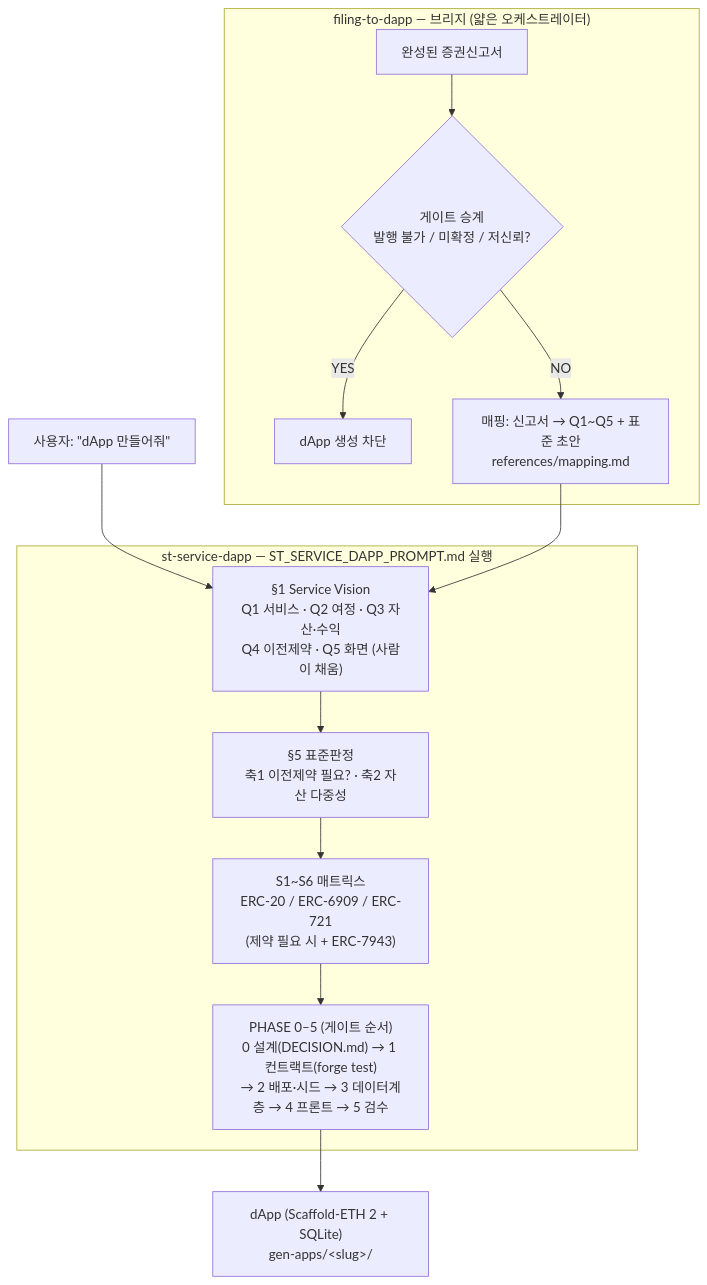
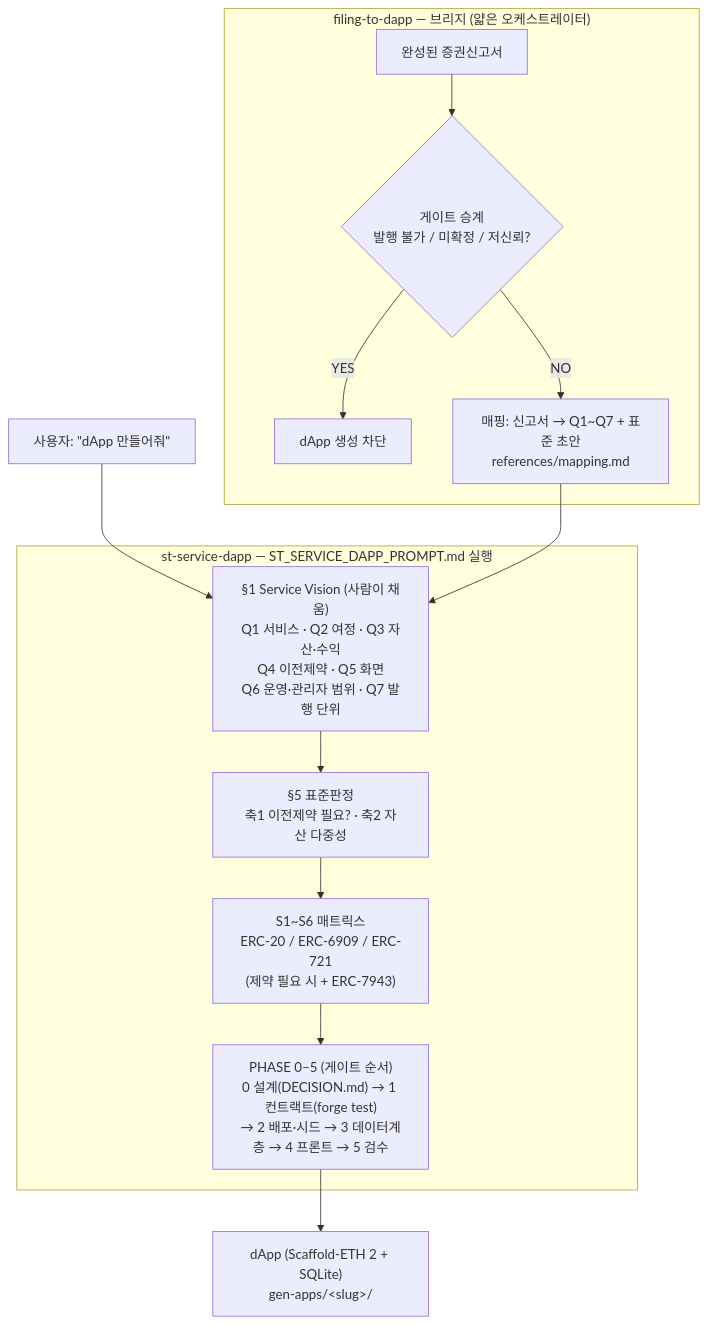
The third of 5 diagrams in ARCHITECTURE.md (fistline/2026BCMD), drawn with Mermaid before and after one commit. The commit also changed other lines of this file and 1 other file, not shown here.

First paragraph of the commit message:
docs: the quick start opened an agent that had no skills in it
Went through the README claim by claim against the tree. Most held. Five did
not, and one of them broke the very first thing a new user does.

````diff
--- a/ARCHITECTURE.md
+++ b/ARCHITECTURE.md
@@ -64,16 +64,16 @@
 ```mermaid
 flowchart TD
   direct["사용자: &quot;dApp 만들어줘&quot;"] --> ssd
   subgraph BR["filing-to-dapp — 브리지 (얇은 오케스트레이터)"]
     fdoc["완성된 증권신고서"] --> gate{"게이트 승계<br/>발행 불가 / 미확정 / 저신뢰?"}
     gate -->|"YES"| stop["dApp 생성 차단"]
-    gate -->|"NO"| map["매핑: 신고서 → Q1~Q5 + 표준 초안<br/>references/mapping.md"]
+    gate -->|"NO"| map["매핑: 신고서 → Q1~Q7 + 표준 초안<br/>references/mapping.md"]
   end
   map --> ssd
   subgraph SSD["st-service-dapp — ST_SERVICE_DAPP_PROMPT.md 실행"]
-    ssd["§1 Service Vision<br/>Q1 서비스 · Q2 여정 · Q3 자산·수익<br/>Q4 이전제약 · Q5 화면 (사람이 채움)"] --> std["§5 표준판정<br/>축1 이전제약 필요? · 축2 자산 다중성"]
+    ssd["§1 Service Vision (사람이 채움)<br/>Q1 서비스 · Q2 여정 · Q3 자산·수익<br/>Q4 이전제약 · Q5 화면<br/>Q6 운영·관리자 범위 · Q7 발행 단위"] --> std["§5 표준판정<br/>축1 이전제약 필요? · 축2 자산 다중성"]
     std --> mtx["S1~S6 매트릭스<br/>ERC-20 / ERC-6909 / ERC-721<br/>(제약 필요 시 + ERC-7943)"]
     mtx --> ph["PHASE 0–5 (게이트 순서)<br/>0 설계(DECISION.md) → 1 컨트랙트(forge test)<br/>→ 2 배포·시드 → 3 데이터계층 → 4 프론트 → 5 검수"]
   end
   ph --> out2["dApp (Scaffold-ETH 2 + SQLite)<br/>gen-apps/&lt;slug&gt;/"]
 ```
````
